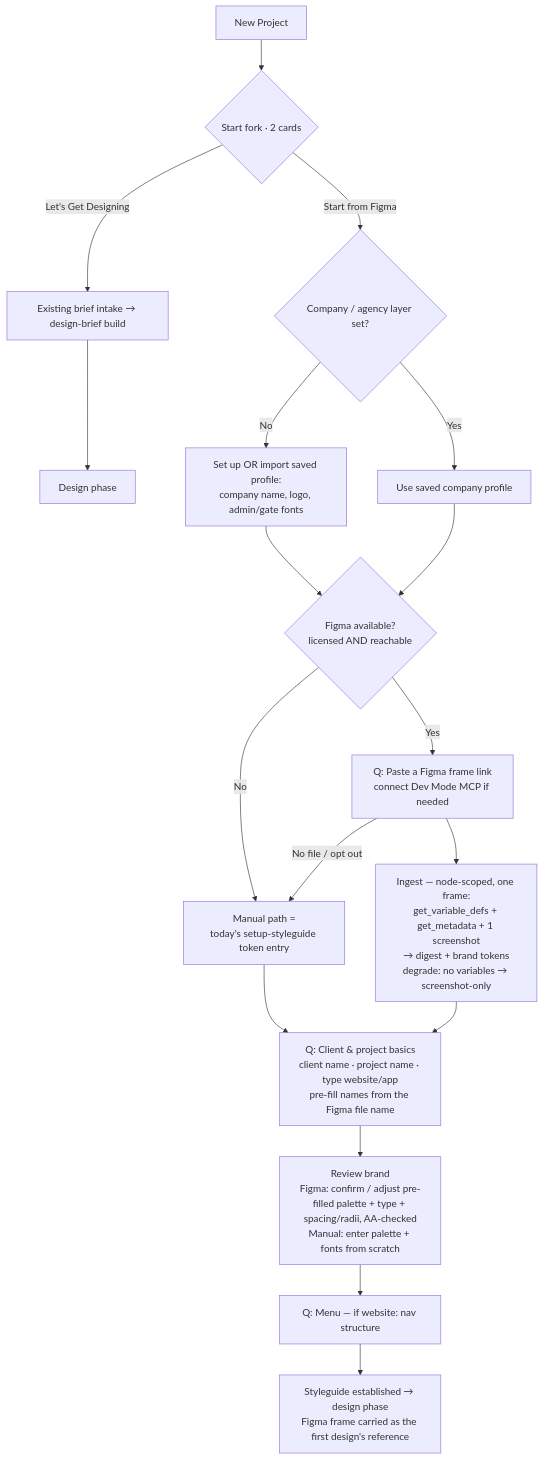
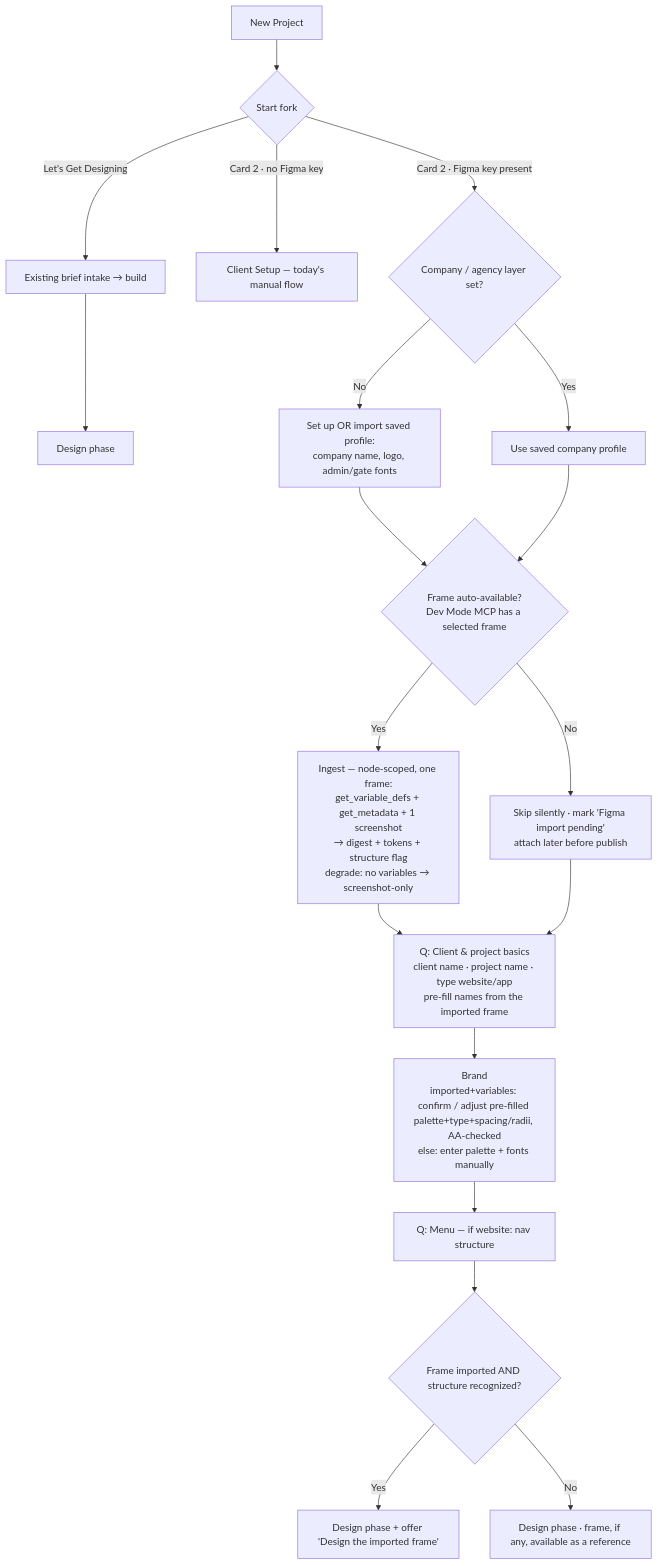
Before and after one commit to thinkany/vercel-design-template: the diagram in docs/onboarding-figma-reframe-spec.md, drawn with Mermaid. The commit also changed other lines of this file, not shown here.

````diff
--- a/docs/onboarding-figma-reframe-spec.md
+++ b/docs/onboarding-figma-reframe-spec.md
@@ -38,19 +43,20 @@
 ```mermaid
 flowchart TD
-  A[New Project] --> B{Start fork · 2 cards}
-  B -->|Let's Get Designing| G[Existing brief intake → design-brief build] --> KG[Design phase]
-  B -->|Start from Figma| C{Company / agency layer set?}
+  A[New Project] --> B{Start fork}
+  B -->|Let's Get Designing| G[Existing brief intake → build] --> KG[Design phase]
+  B -->|Card 2 · no Figma key| MC[Client Setup — today's manual flow]
+  B -->|Card 2 · Figma key present| C{Company / agency layer set?}
   C -->|No| C1[Set up OR import saved profile:<br/>company name, logo, admin/gate fonts]
   C -->|Yes| C2[Use saved company profile]
-  C1 --> D{Figma available?<br/>licensed AND reachable}
+  C1 --> D{Frame auto-available?<br/>Dev Mode MCP has a selected frame}
   C2 --> D
-  D -->|No| M[Manual path =<br/>today's setup-styleguide token entry]
-  D -->|Yes| E[Q: Paste a Figma frame link<br/>connect Dev Mode MCP if needed]
-  E -->|No file / opt out| M
-  E --> F[Ingest — node-scoped, one frame:<br/>get_variable_defs + get_metadata + 1 screenshot<br/>→ digest + brand tokens<br/>degrade: no variables → screenshot-only]
-  F --> H[Q: Client & project basics<br/>client name · project name · type website/app<br/>pre-fill names from the Figma file name]
-  M --> H
-  H --> I[Review brand<br/>Figma: confirm / adjust pre-filled palette + type + spacing/radii, AA-checked<br/>Manual: enter palette + fonts from scratch]
+  D -->|Yes| F[Ingest — node-scoped, one frame:<br/>get_variable_defs + get_metadata + 1 screenshot<br/>→ digest + tokens + structure flag<br/>degrade: no variables → screenshot-only]
+  D -->|No| S[Skip silently · mark 'Figma import pending'<br/>attach later before publish]
+  F --> H[Q: Client & project basics<br/>client name · project name · type website/app<br/>pre-fill names from the imported frame]
+  S --> H
+  H --> I[Brand<br/>imported+variables: confirm / adjust pre-filled palette+type+spacing/radii, AA-checked<br/>else: enter palette + fonts manually]
   I --> J[Q: Menu — if website: nav structure]
-  J --> K[Styleguide established → design phase<br/>Figma frame carried as the first design's reference]
+  J --> K{Frame imported AND structure recognized?}
+  K -->|Yes| K1[Design phase + offer 'Design the imported frame']
+  K -->|No| K2[Design phase · frame, if any, available as a reference]
 ```
````
